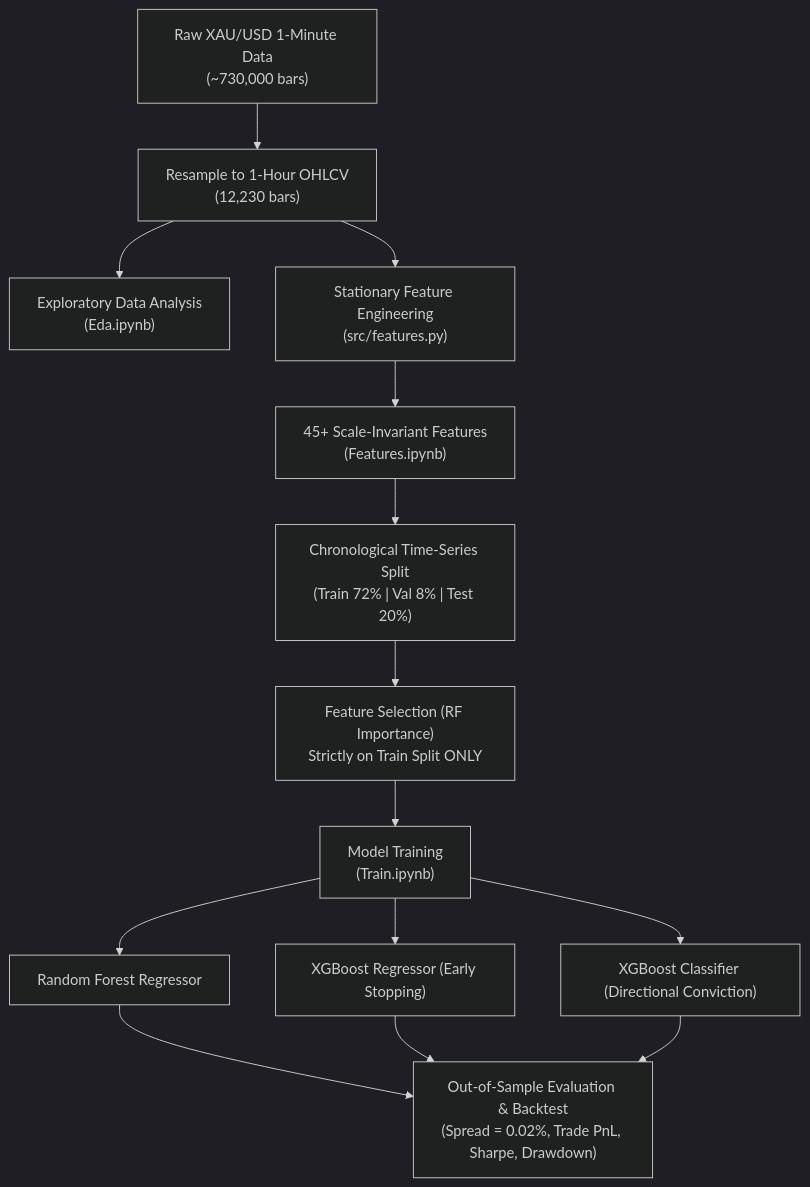
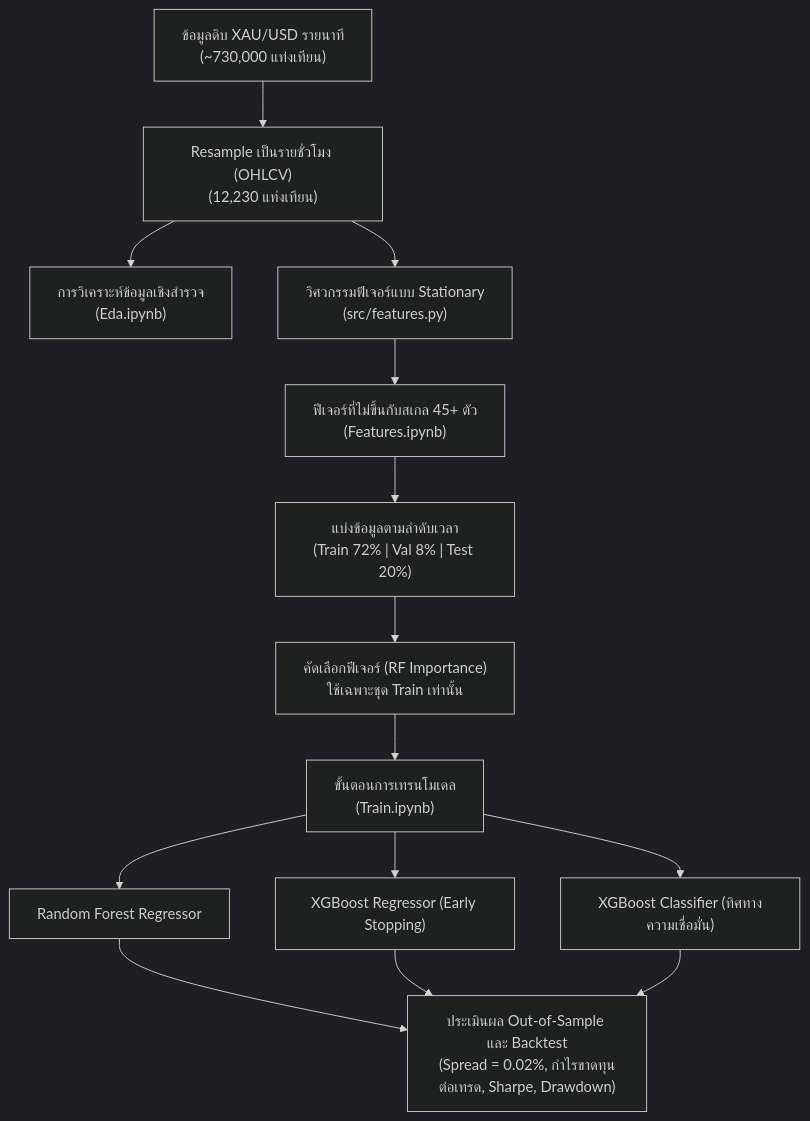
The diagram in README.md (K-vi20/GoldMind), drawn with Mermaid (dark theme) before and after one commit. The commit also changed other lines of this file, not shown here.

````diff
--- a/README.md
+++ b/README.md
@@ -11,14 +15,14 @@
 ```mermaid
 flowchart TD
-    A["Raw XAU/USD 1-Minute Data\n(~730,000 bars)"] --> B["Resample to 1-Hour OHLCV\n(12,230 bars)"]
-    B --> C["Exploratory Data Analysis\n(Eda.ipynb)"]
-    B --> D["Stationary Feature Engineering\n(src/features.py)"]
-    D --> E["45+ Scale-Invariant Features\n(Features.ipynb)"]
-    E --> F["Chronological Time-Series Split\n(Train 72% | Val 8% | Test 20%)"]
-    F --> G["Feature Selection (RF Importance)\nStrictly on Train Split ONLY"]
-    G --> H["Model Training\n(Train.ipynb)"]
+    A["ข้อมูลดิบ XAU/USD รายนาที\n(~730,000 แท่งเทียน)"] --> B["Resample เป็นรายชั่วโมง (OHLCV)\n(12,230 แท่งเทียน)"]
+    B --> C["การวิเคราะห์ข้อมูลเชิงสำรวจ\n(Eda.ipynb)"]
+    B --> D["วิศวกรรมฟีเจอร์แบบ Stationary\n(src/features.py)"]
+    D --> E["ฟีเจอร์ที่ไม่ขึ้นกับสเกล 45+ ตัว\n(Features.ipynb)"]
+    E --> F["แบ่งข้อมูลตามลำดับเวลา\n(Train 72% | Val 8% | Test 20%)"]
+    F --> G["คัดเลือกฟีเจอร์ (RF Importance)\nใช้เฉพาะชุด Train เท่านั้น"]
+    G --> H["ขั้นตอนการเทรนโมเดล\n(Train.ipynb)"]
     H --> I["Random Forest Regressor"]
     H --> J["XGBoost Regressor (Early Stopping)"]
-    H --> K["XGBoost Classifier (Directional Conviction)"]
-    I & J & K --> L["Out-of-Sample Evaluation & Backtest\n(Spread = 0.02%, Trade PnL, Sharpe, Drawdown)"]
+    H --> K["XGBoost Classifier (ทิศทางความเชื่อมั่น)"]
+    I & J & K --> L["ประเมินผล Out-of-Sample และ Backtest\n(Spread = 0.02%, กำไรขาดทุนต่อเทรด, Sharpe, Drawdown)"]
 ```
````
